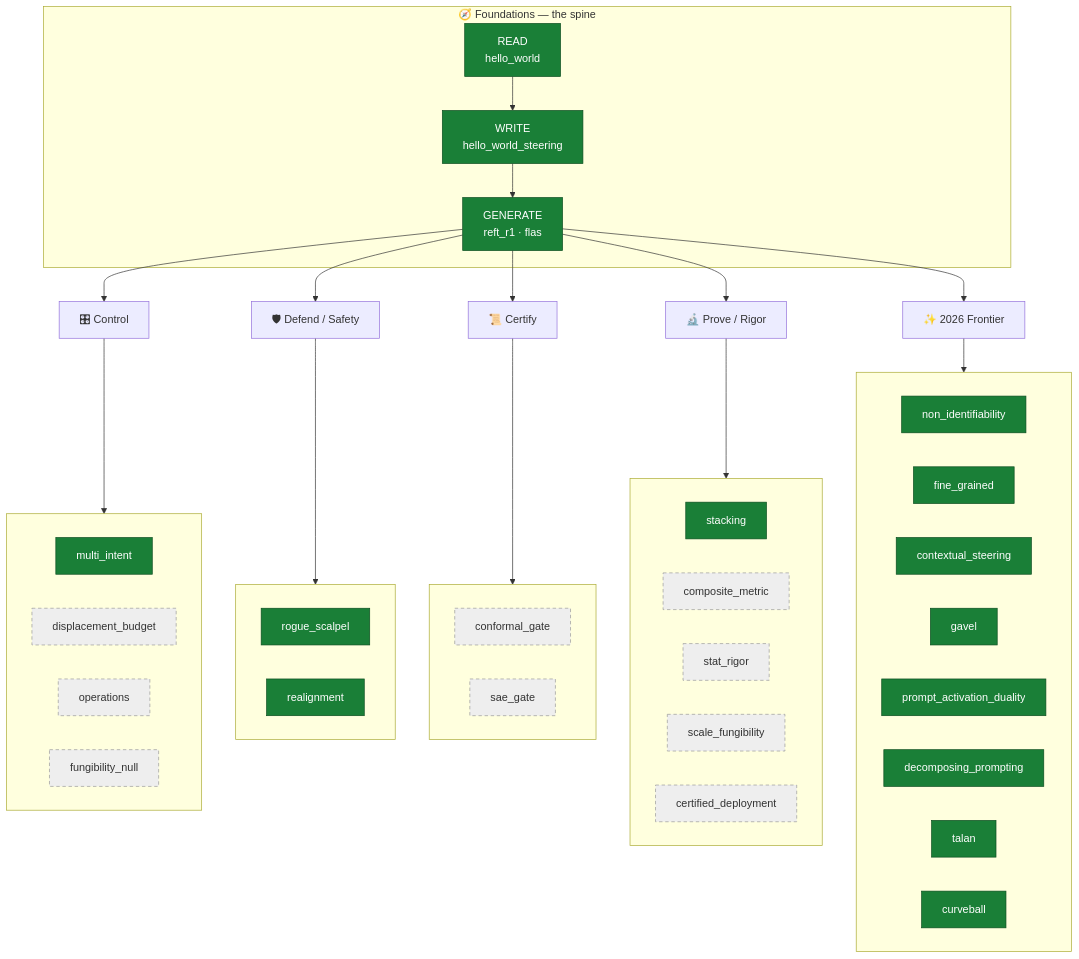
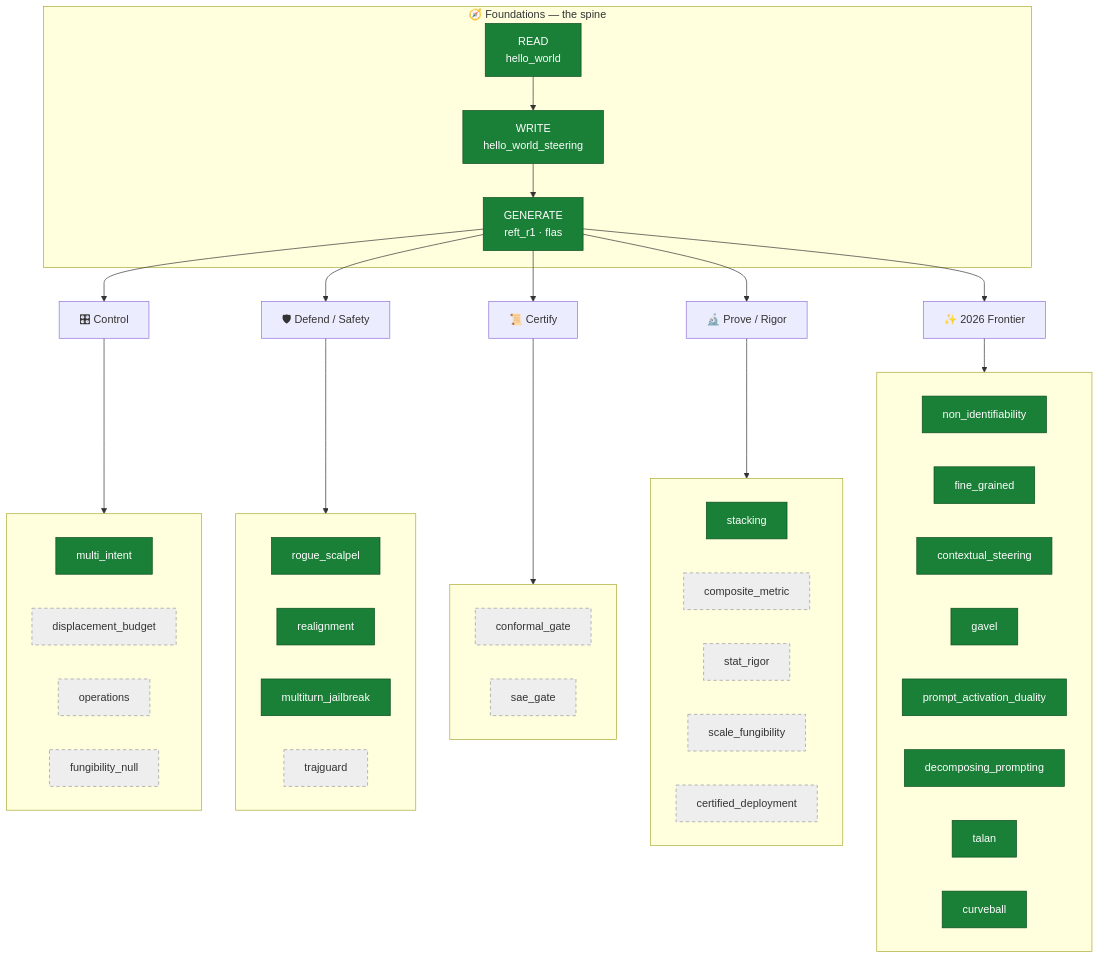
The first of 2 diagrams in steering_tutorials/README.md (dlmastery/steeringresearch), drawn with Mermaid before and after one commit. The commit also changed other lines of this file, not shown here.

Commit message:
README: add multiturn_jailbreak to the DEFEND stream (built+validated) + trajguard (building)
Course map: multiturn_jailbreak added to the Defend table, mermaid DEF cluster
(+click link), and the honest-results strongest rows (trajectory matters -- stateless
per-turn 0.57 vs sequence model 0.96 on hard same-style negatives; easy benchmark
trivially 0.99 = the cautionary half). trajguard listed as building.

````diff
--- a/steering_tutorials/README.md
+++ b/steering_tutorials/README.md
@@ -29,75 +29,78 @@
 ```mermaid
 flowchart TD
     subgraph FOUND["🧭 Foundations — the spine"]
         R["READ<br/>hello_world"]:::built
         W["WRITE<br/>hello_world_steering"]:::built
         G["GENERATE<br/>reft_r1 · flas"]:::built
         R --> W --> G
     end
 
     G --> CTRL["🎛 Control"]
     G --> DEF["🛡 Defend / Safety"]
     G --> CERT["📜 Certify"]
     G --> PROVE["🔬 Prove / Rigor"]
     G --> FRONT["✨ 2026 Frontier"]
 
     subgraph CTRL_S[" "]
         C1["multi_intent"]:::built
         C2["displacement_budget"]:::plan
         C3["operations"]:::plan
         C4["fungibility_null"]:::plan
     end
     CTRL --> CTRL_S
 
     subgraph DEF_S[" "]
         D1["rogue_scalpel"]:::built
         D2["realignment"]:::built
+        D3["multiturn_jailbreak"]:::built
+        D4["trajguard"]:::plan
     end
     DEF --> DEF_S
 
     subgraph CERT_S[" "]
         E1["conformal_gate"]:::plan
         E2["sae_gate"]:::plan
     end
     CERT --> CERT_S
 
     subgraph PROVE_S[" "]
         P1["stacking"]:::built
         P2["composite_metric"]:::plan
         P3["stat_rigor"]:::plan
         P4["scale_fungibility"]:::plan
         P5["certified_deployment"]:::plan
     end
     PROVE --> PROVE_S
 
     subgraph FRONT_S[" "]
         F1["non_identifiability"]:::built
         F2["fine_grained"]:::built
         F3["contextual_steering"]:::built
         F4["gavel"]:::built
         F5["prompt_activation_duality"]:::built
         F6["decomposing_prompting"]:::built
         F7["talan"]:::built
         F8["curveball"]:::built
     end
     FRONT --> FRONT_S
 
     classDef built fill:#1a7f37,stroke:#0b4d1f,color:#fff;
     classDef plan fill:#eee,stroke:#999,color:#333,stroke-dasharray:5 4;
 
     click R "hello_world/README.md"
     click W "hello_world_steering/README.md"
     click G "reft_r1/README.md"
     click C1 "multi_intent/README.md"
     click D1 "rogue_scalpel/README.md"
     click D2 "realignment/README.md"
+    click D3 "multiturn_jailbreak/README.md"
     click P1 "stacking/README.md"
     click F1 "non_identifiability/README.md"
     click F2 "fine_grained/README.md"
     click F3 "contextual_steering/README.md"
     click F4 "gavel/README.md"
     click F5 "prompt_activation_duality/README.md"
     click F6 "decomposing_prompting/README.md"
     click F7 "talan/README.md"
     click F8 "curveball/README.md"
 ```
````
